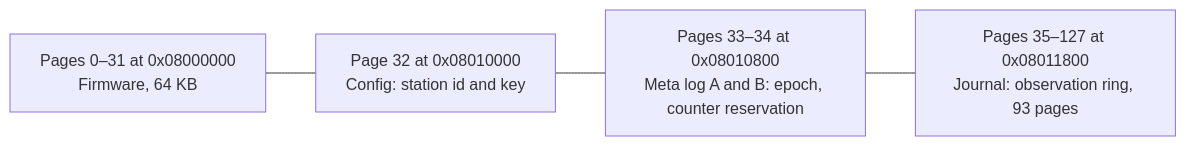
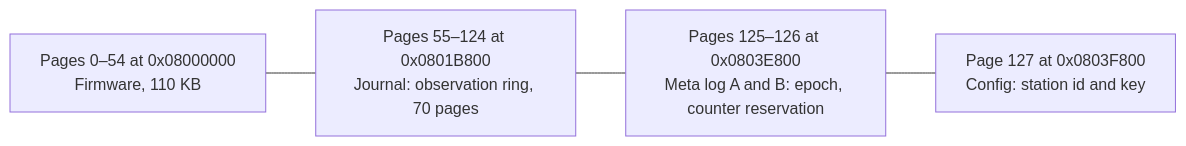
Before and after one commit to clintecker/weather-station-2026: the first of 6 diagrams in docs/firmware-budget.md, drawn with Mermaid. The commit also changed other lines of this file and 16 other files, not shown here.

First line of the commit message:
Docs: the new flash map (firmware 110 KB, journal 55-124, state at the top)

````diff
--- a/docs/firmware-budget.md
+++ b/docs/firmware-budget.md
@@ -40,6 +40,6 @@
 ```mermaid
 flowchart LR
-  app["Pages 0–31 at 0x08000000<br/>Firmware, 64 KB"] --- cfg["Page 32 at 0x08010000<br/>Config: station id and key"]
-  cfg --- meta["Pages 33–34 at 0x08010800<br/>Meta log A and B: epoch, counter reservation"]
-  meta --- jrnl["Pages 35–127 at 0x08011800<br/>Journal: observation ring, 93 pages"]
+  app["Pages 0–54 at 0x08000000<br/>Firmware, 110 KB"] --- jrnl["Pages 55–124 at 0x0801B800<br/>Journal: observation ring, 70 pages"]
+  jrnl --- meta["Pages 125–126 at 0x0803E800<br/>Meta log A and B: epoch, counter reservation"]
+  meta --- cfg["Page 127 at 0x0803F800<br/>Config: station id and key"]
 ```
````
